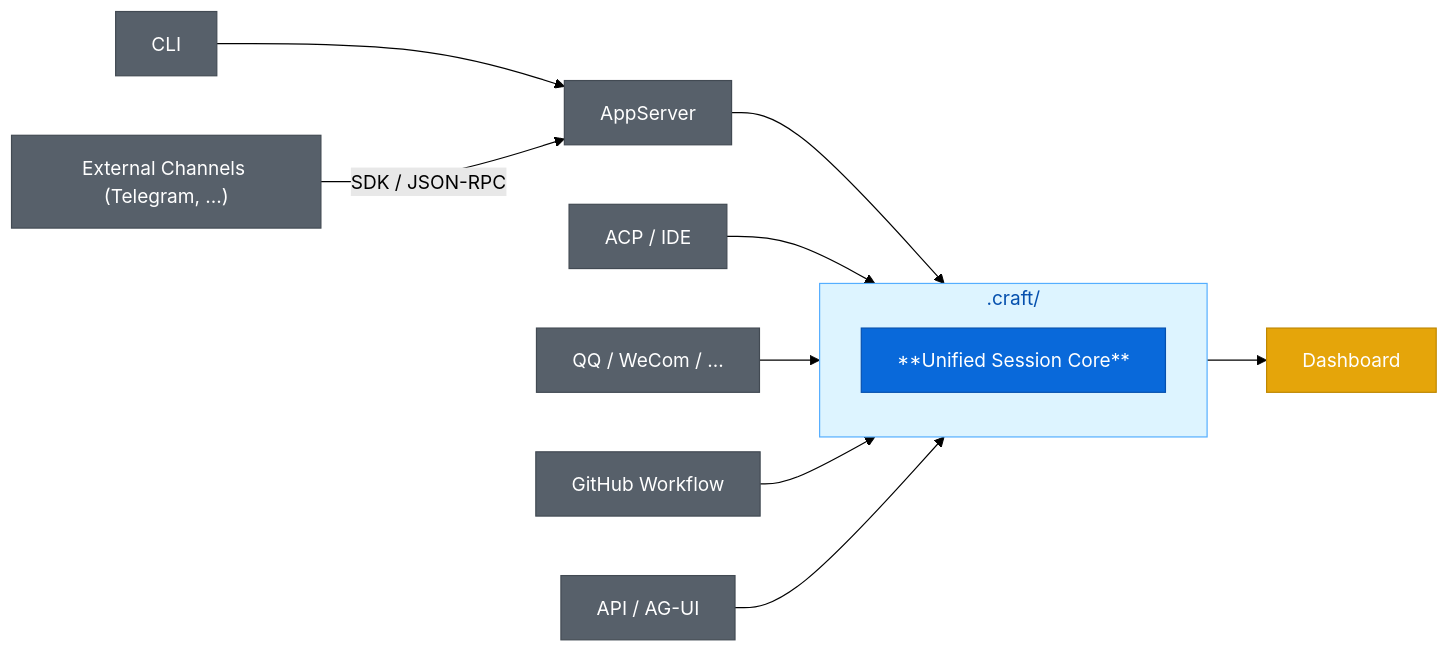
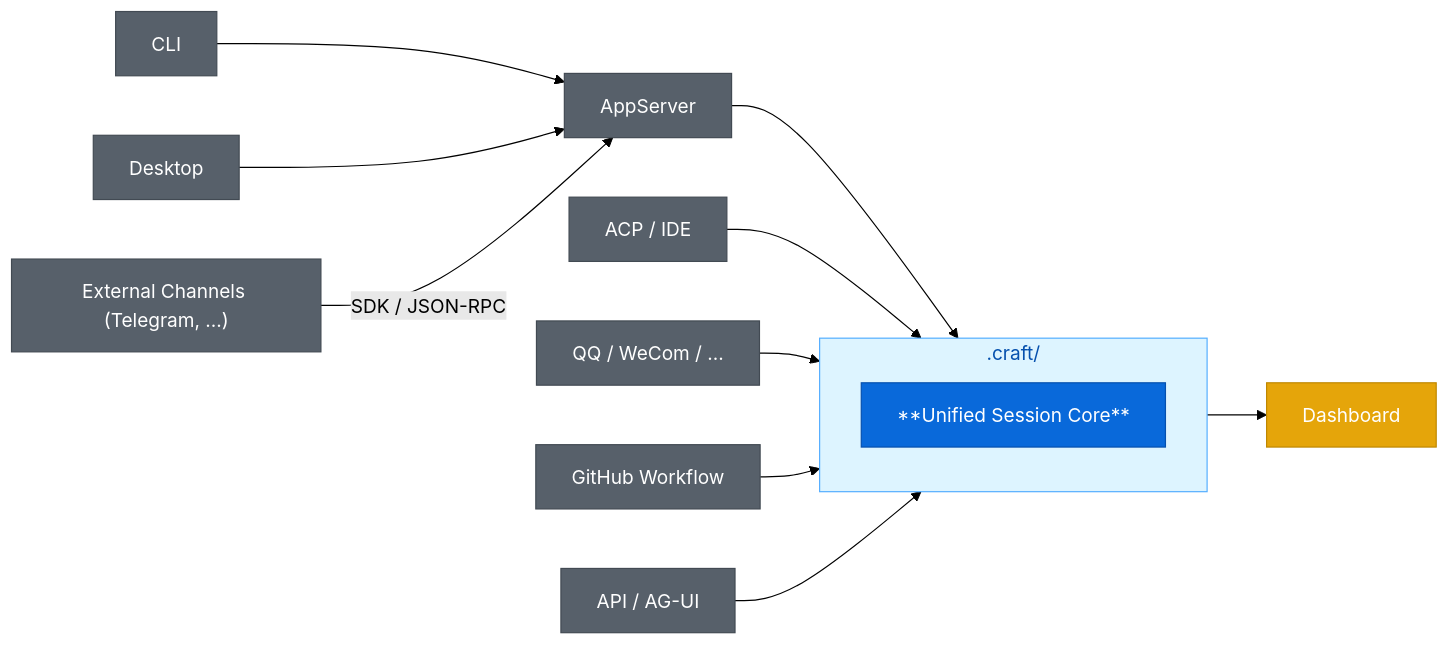
The diagram in README.md (DotCraftDev/dotcraft), drawn with Mermaid (forest theme) before and after one commit. The commit also changed other lines of this file and 161 other files, not shown here.

````diff
--- a/README.md
+++ b/README.md
@@ -143,36 +128,39 @@
 ```mermaid
 flowchart LR
     Cli["CLI"]
+    Desktop["Desktop"]
     AppSrv["AppServer"]
     Ide["ACP / IDE"]
     Bots["QQ / WeCom / ..."]
     ExtCh["External Channels (Telegram, ...)"]
     Workflow["GitHub Workflow"]
     Api["API / AG-UI"]
 
     subgraph Workspace [".craft/"]
         Core["**Unified Session Core**"]
     end
 
     Dashboard["Dashboard"]
 
     Cli --> AppSrv
+    Desktop --> AppSrv
     AppSrv --> Workspace
     Ide --> Workspace
     Bots --> Workspace
     ExtCh -->|"SDK / JSON-RPC"| AppSrv
     Workflow --> Workspace
     Api --> Workspace
     Workspace --> Dashboard
 
     style Core fill:#0969da,color:#ffffff,stroke:#0550ae
     style Workspace fill:#ddf4ff,stroke:#54aeff,color:#0550ae
     style Dashboard fill:#e5a50a,color:#ffffff,stroke:#bf8700
     style Cli fill:#57606a,color:#ffffff,stroke:#424a53
+    style Desktop fill:#57606a,color:#ffffff,stroke:#424a53
     style AppSrv fill:#57606a,color:#ffffff,stroke:#424a53
     style Ide fill:#57606a,color:#ffffff,stroke:#424a53
     style Bots fill:#57606a,color:#ffffff,stroke:#424a53
     style ExtCh fill:#57606a,color:#ffffff,stroke:#424a53
     style Workflow fill:#57606a,color:#ffffff,stroke:#424a53
     style Api fill:#57606a,color:#ffffff,stroke:#424a53
 ```
````
